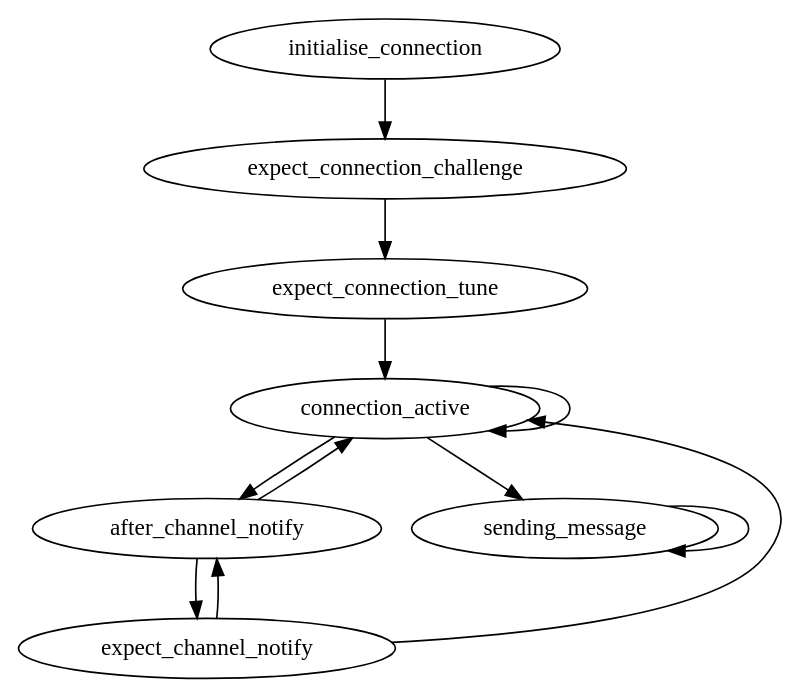
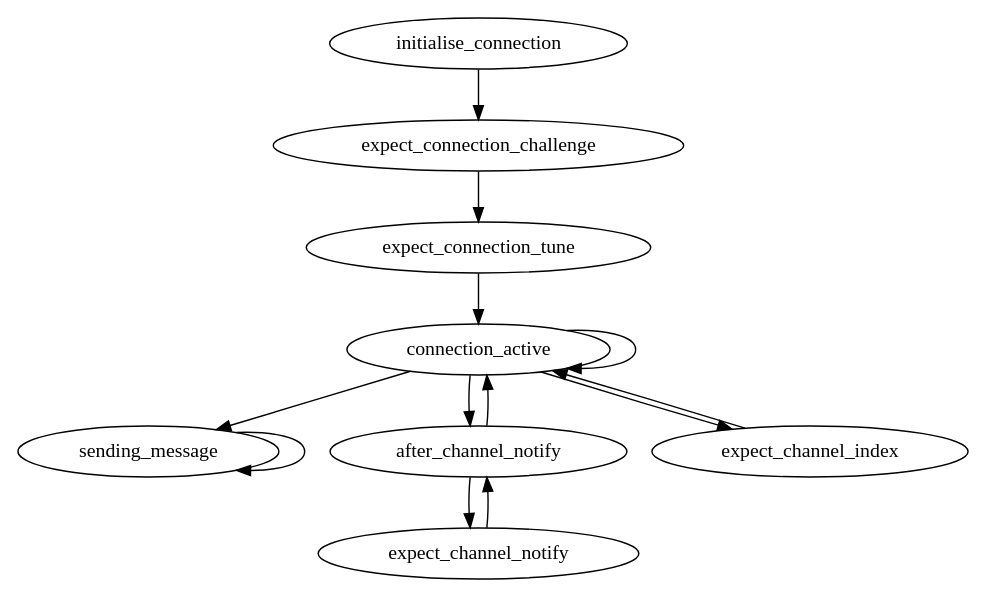
One commit to imatix/openamq changed the diagram in doc/amq_aclient_agent.dot. Above: the diagram before and after it, drawn with Graphviz. The commit also changed 5 other files, not shown here.

```diff
--- a/doc/amq_aclient_agent.dot
+++ b/doc/amq_aclient_agent.dot
@@ -1,16 +1,17 @@
 digraph {
    size = "8,8";
     subgraph client {
         initialise_connection -> expect_connection_challenge;
         expect_connection_challenge -> expect_connection_tune;
         expect_connection_tune -> connection_active;
         connection_active -> connection_active;
+        connection_active -> sending_message;
         connection_active -> after_channel_notify;
-        connection_active -> sending_message;
+        connection_active -> expect_channel_index;
+        expect_channel_index -> connection_active;
         after_channel_notify -> expect_channel_notify;
         after_channel_notify -> connection_active;
         expect_channel_notify -> after_channel_notify;
-        expect_channel_notify -> connection_active;
         sending_message -> sending_message;
     }
 }
```
